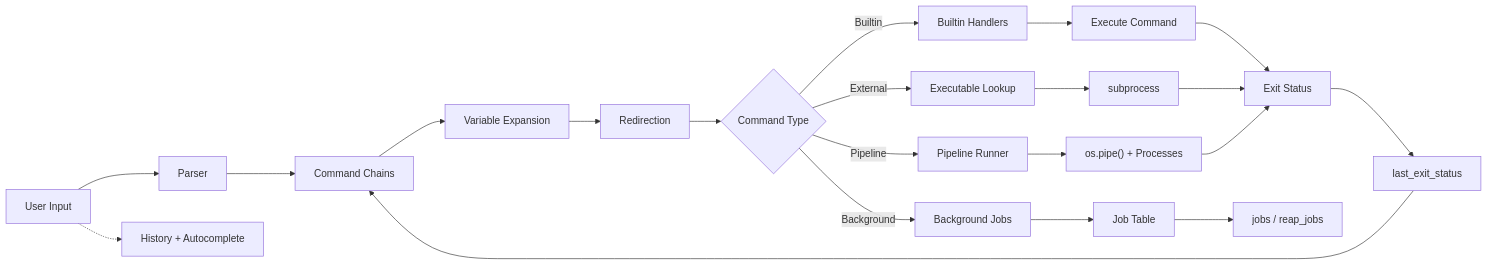
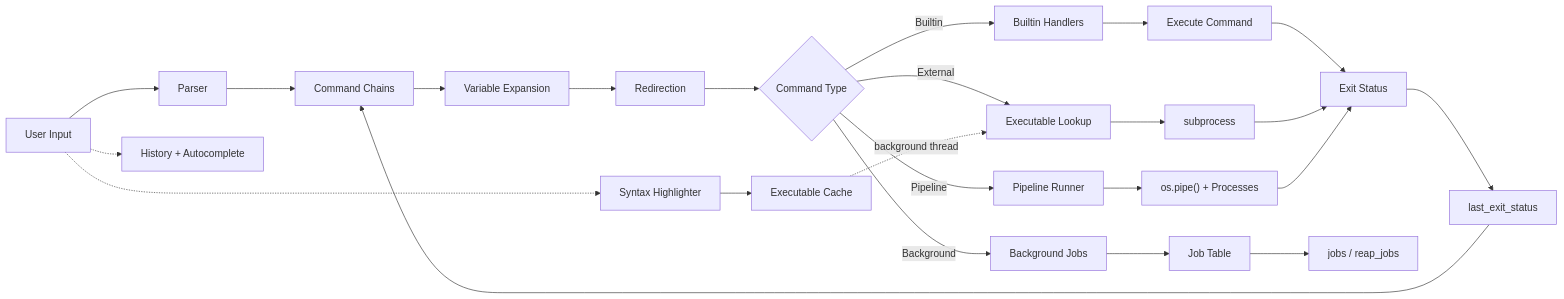
Before and after one commit to yravnit/PSH: the diagram in README.md, drawn with Mermaid. The commit also changed other lines of this file and 1 other file, not shown here.

Commit message:
add threading to find executables in the background

````diff
--- a/README.md
+++ b/README.md
@@ -11,28 +11,32 @@
 ```mermaid
 flowchart LR
     A["User Input"] --> B["Parser"]
     B --> C["Command Chains"]
     C --> D["Variable Expansion"]
     D --> E["Redirection"]
     E --> F{"Command Type"}
 
     F -->|Builtin| G["Builtin Handlers"]
     F -->|External| H["Executable Lookup"]
     F -->|Pipeline| I["Pipeline Runner"]
     F -->|Background| J["Background Jobs"]
 
     G --> K["Execute Command"]
     H --> L["subprocess"]
     I --> M["os.pipe() + Processes"]
     J --> N["Job Table"]
 
     K --> O["Exit Status"]
     L --> O
     M --> O
 
     O --> P["last_exit_status"]
     P --> C
 
     N --> Q["jobs / reap_jobs"]
+
     A -.-> R["History + Autocomplete"]
+    A -.-> S["Syntax Highlighter"]
+    S --> T["Executable Cache"]
+    T -.->|background thread| H
 ```
````
